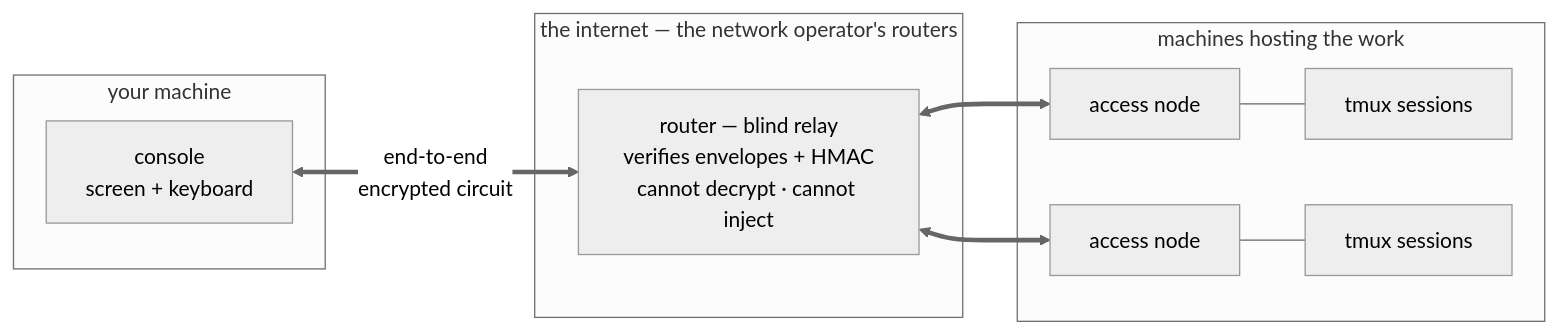
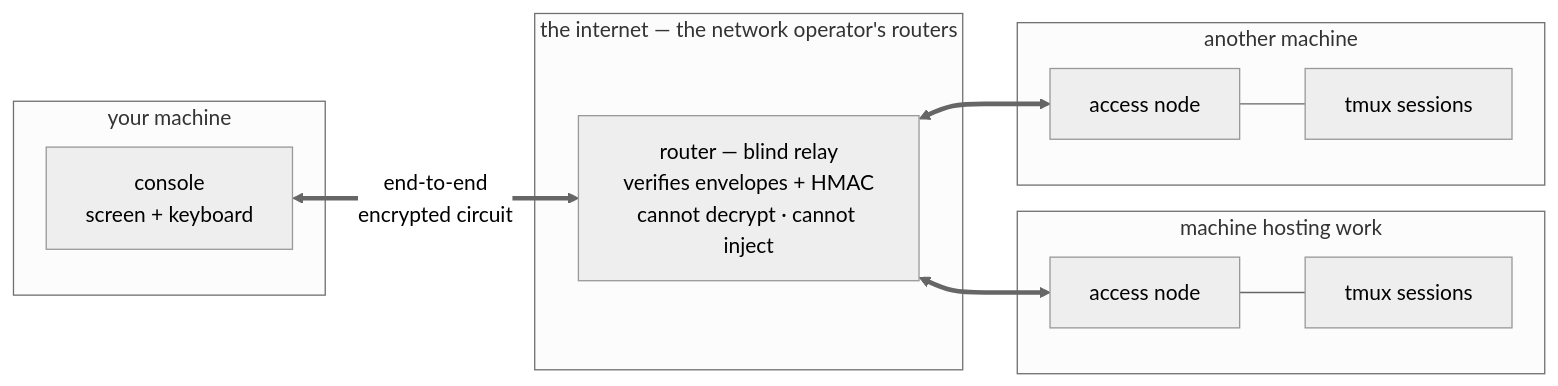
Before and after one commit to ArcavenAE/switchboard-blue: the second of 2 diagrams in README.md, drawn with Mermaid (neutral theme). The commit also changed 4 other files, not shown here.

First line of the commit message:
docs(diagrams): one box per machine — access node is 1:1 with its computer

````diff
--- a/README.md
+++ b/README.md
@@ -30,16 +30,18 @@
 ```mermaid
 graph LR
     subgraph yours["your machine"]
         CN2["console<br/>screen + keyboard"]
     end
     subgraph carrier["the internet — the network operator's routers"]
         R0["router — blind relay<br/>verifies envelopes + HMAC<br/>cannot decrypt · cannot inject"]
     end
-    subgraph work["machines hosting the work"]
+    subgraph m1["machine hosting work"]
         AN1["access node"] --- TM1["tmux sessions"]
+    end
+    subgraph m2["another machine"]
         AN2["access node"] --- TM2["tmux sessions"]
     end
     CN2 <==>|"end-to-end<br/>encrypted circuit"| R0
     R0 <==> AN1
     R0 <==> AN2
 ```
````
